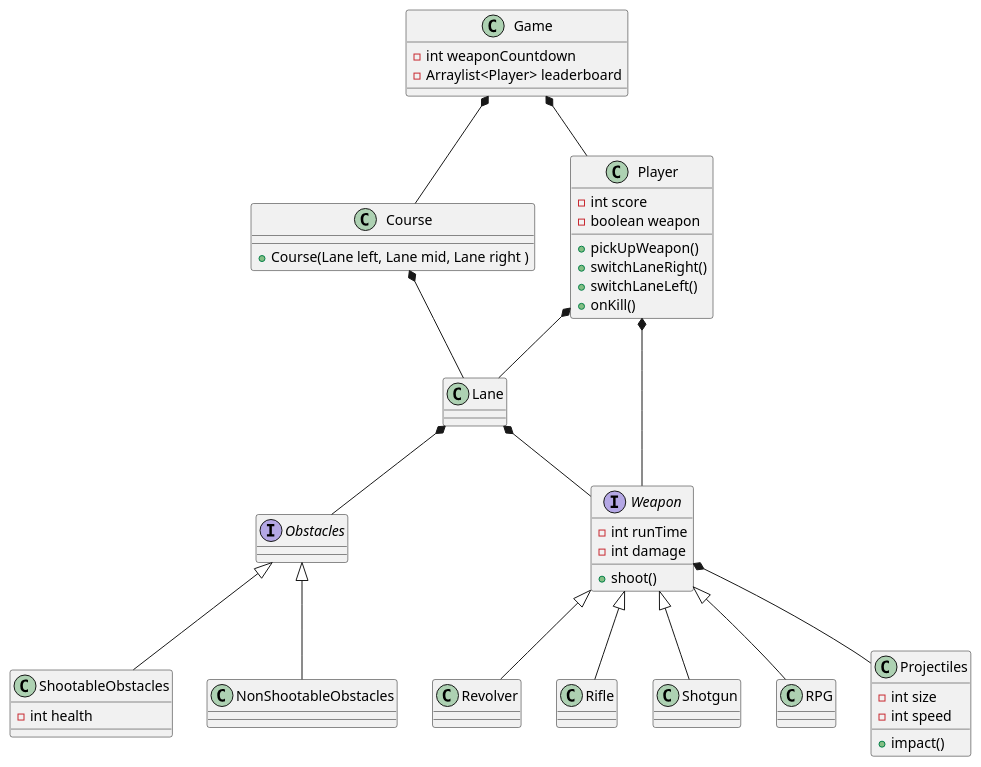
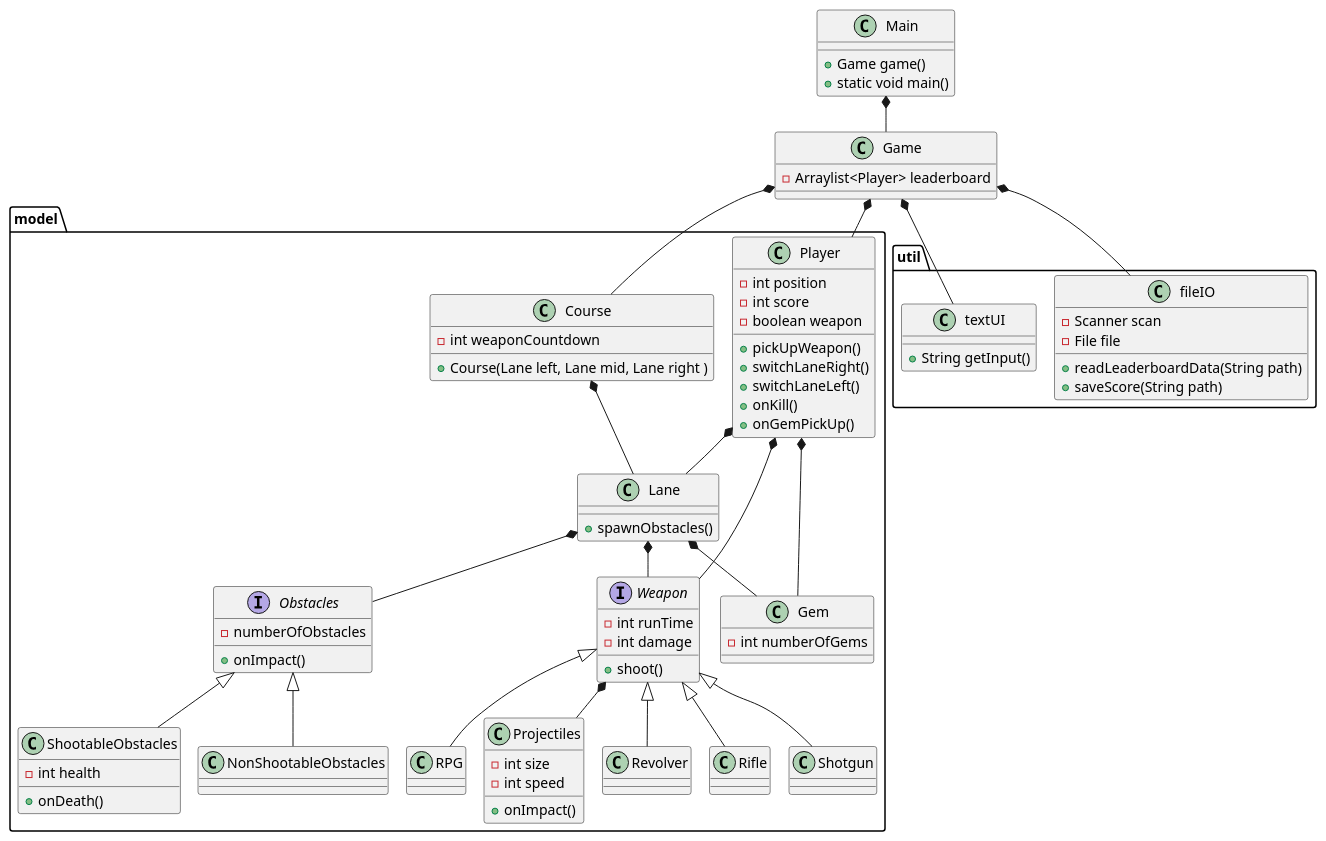
One commit to mbm1337/SP4_ICE changed the diagram in docs/ClassDiagram.puml. Above: the diagram before and after it, drawn with PlantUML. The commit also changed 2 other files, not shown here.

```diff
--- a/docs/ClassDiagram.puml
+++ b/docs/ClassDiagram.puml
@@ -1,66 +1,101 @@
 @startuml
 'https://plantuml.com/class-diagram
+!pragma layout smetana
+
+class Main{
++ Game game()
++ static void main()
+}
 
 class Game{
-- int weaponCountdown
--Arraylist<Player> leaderboard
+- Arraylist<Player> leaderboard
 }
+package "model"{
+
 class Player{
--int score
+- int position
+- int score
 - boolean weapon
 
 + pickUpWeapon()
 + switchLaneRight()
 + switchLaneLeft()
 + onKill()
++ onGemPickUp()
 
 }
-class Lane
+class Lane{
++ spawnObstacles()
+}
 class Course{
+- int weaponCountdown
 + Course(Lane left, Lane mid, Lane right )
 }
 
-interface Obstacles
+interface Obstacles{
+- numberOfObstacles
++ onImpact()
+
+}
 class ShootableObstacles{
 - int health
++ onDeath()
 }
 class NonShootableObstacles
 
 interface Weapon{
 - int runTime
 - int damage
 
 + shoot()
 }
 class Revolver
 class Rifle
 class Shotgun
 class RPG
 
 class Projectiles{
--int size
--int speed
+- int size
+- int speed
 
-+impact()
-
-
++ onImpact()
+}
+class Gem{
+- int numberOfGems
+}
 }
 
+package "util"{
+class fileIO{
+- Scanner scan
+- File file
++ readLeaderboardData(String path)
++ saveScore(String path)
+}
+class textUI{
++ String getInput()
+}
+}
 
+Main*--Game
 Game*--Player
 Game*--Course
+Game*--fileIO
+Game*--textUI
 Course *-- Lane
 Obstacles<|-- ShootableObstacles
 Lane *--Obstacles
 Obstacles<|-- NonShootableObstacles
 Player *-- Weapon
 Player*-- Lane
 Lane *-- Weapon
 Weapon *-- Projectiles
 Weapon<|-- Revolver
 Weapon<|-- Rifle
 Weapon<|-- Shotgun
 Weapon<|-- RPG
+Lane*--Gem
+Player*--Gem
 
 
 @enduml
```
